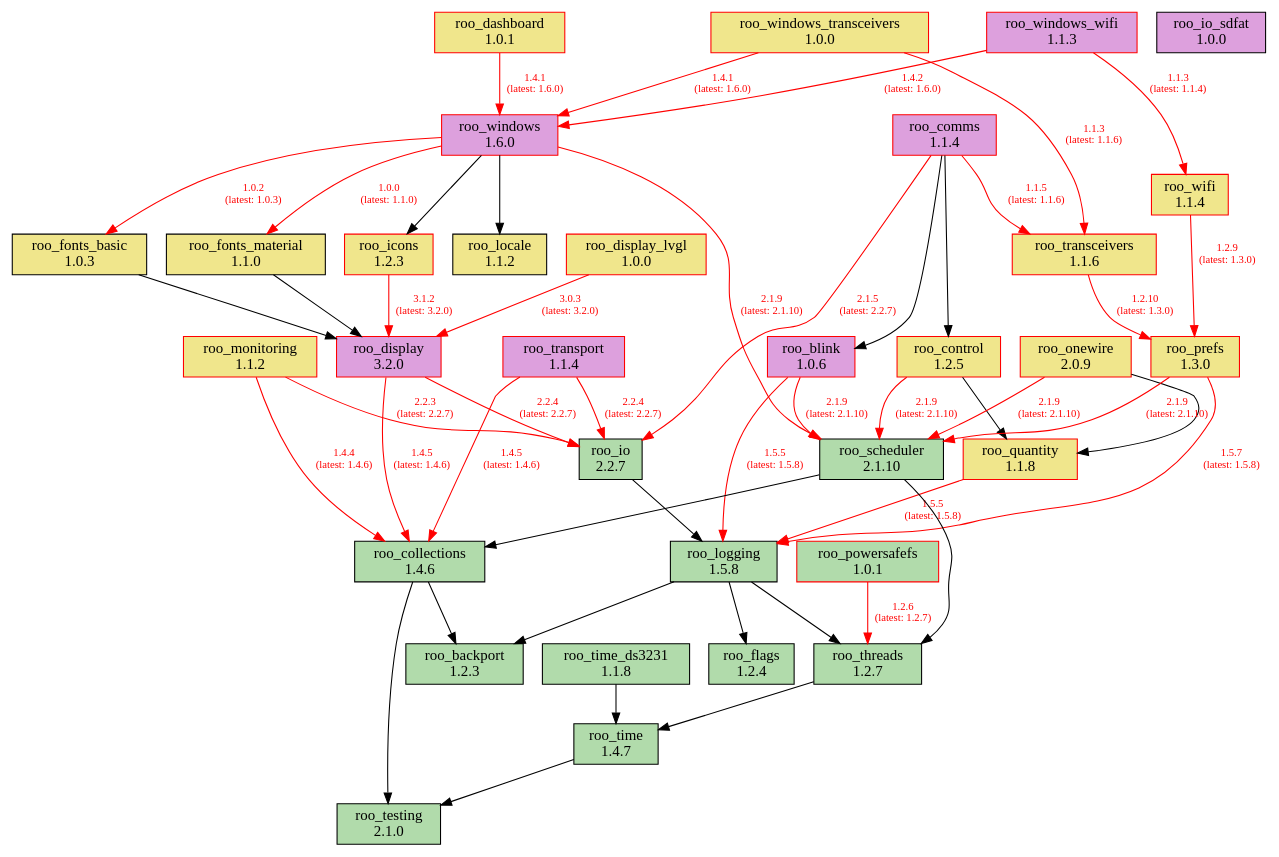
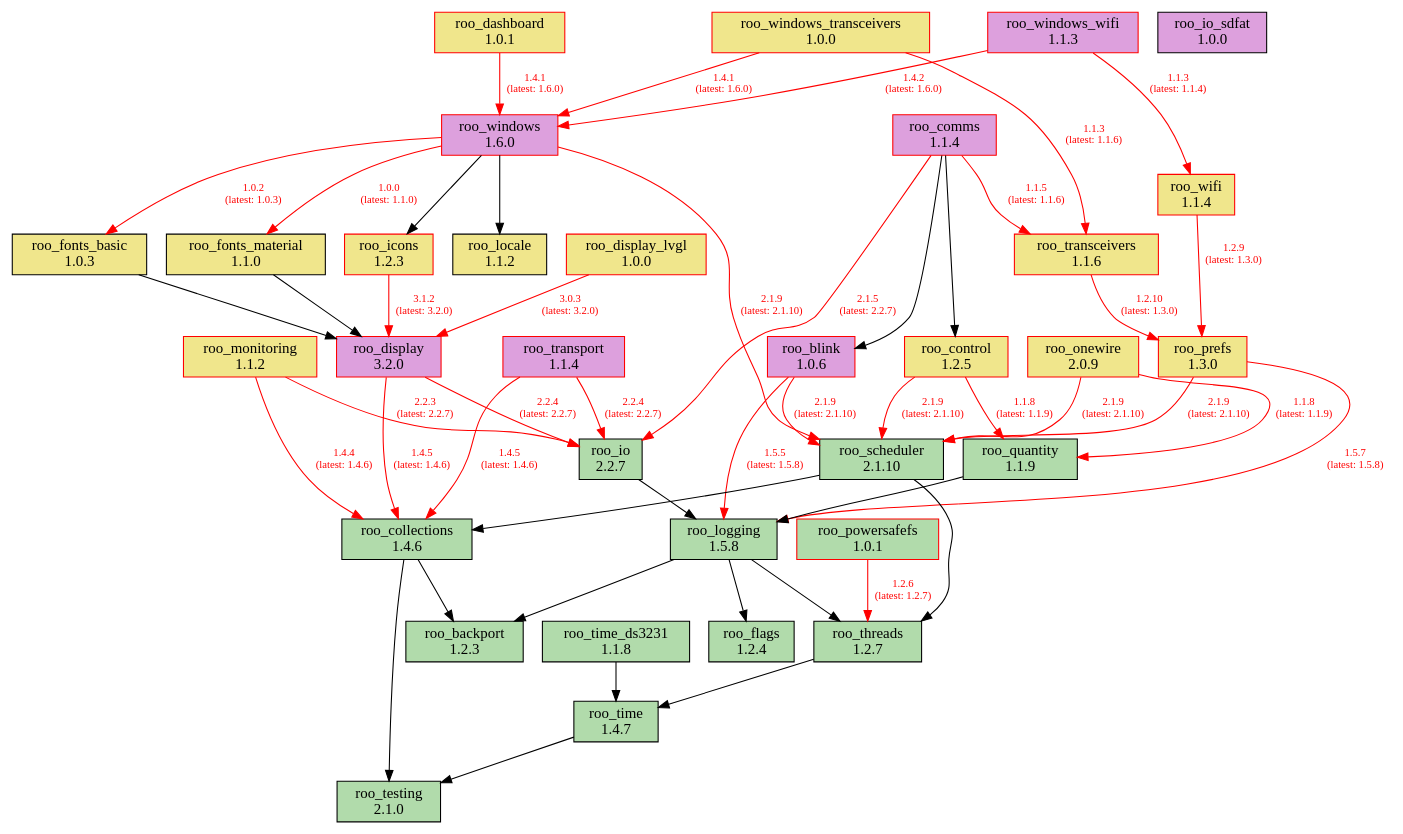
Before and after one commit to dejwk/roo-registry: the diagram in doc/dependencies.dot, drawn with Graphviz. The commit also changed 3 other files, not shown here.

Commit message:
Added roo_quantity 1.1.9 to the registry.

```diff
--- a/doc/dependencies.dot
+++ b/doc/dependencies.dot
@@ -1,88 +1,88 @@
 digraph dependencies {
     rankdir=TB;
     node [shape=box, style=filled];
     edge [fontsize=10];
 
     // Modules
     "roo_backport" [label="roo_backport\n1.2.3", fillcolor="#b1dbab", color="black"];
     "roo_blink" [label="roo_blink\n1.0.6", fillcolor="plum", color="red"];
     "roo_collections" [label="roo_collections\n1.4.6", fillcolor="#b1dbab", color="black"];
     "roo_comms" [label="roo_comms\n1.1.4", fillcolor="plum", color="red"];
     "roo_control" [label="roo_control\n1.2.5", fillcolor="khaki", color="red"];
     "roo_dashboard" [label="roo_dashboard\n1.0.1", fillcolor="khaki", color="red"];
     "roo_display" [label="roo_display\n3.2.0", fillcolor="plum", color="red"];
     "roo_display_lvgl" [label="roo_display_lvgl\n1.0.0", fillcolor="khaki", color="red"];
     "roo_flags" [label="roo_flags\n1.2.4", fillcolor="#b1dbab", color="black"];
     "roo_fonts_basic" [label="roo_fonts_basic\n1.0.3", fillcolor="khaki", color="black"];
     "roo_fonts_material" [label="roo_fonts_material\n1.1.0", fillcolor="khaki", color="black"];
     "roo_icons" [label="roo_icons\n1.2.3", fillcolor="khaki", color="red"];
     "roo_io" [label="roo_io\n2.2.7", fillcolor="#b1dbab", color="black"];
     "roo_io_sdfat" [label="roo_io_sdfat\n1.0.0", fillcolor="plum", color="black"];
     "roo_locale" [label="roo_locale\n1.1.2", fillcolor="khaki", color="black"];
     "roo_logging" [label="roo_logging\n1.5.8", fillcolor="#b1dbab", color="black"];
     "roo_monitoring" [label="roo_monitoring\n1.1.2", fillcolor="khaki", color="red"];
     "roo_onewire" [label="roo_onewire\n2.0.9", fillcolor="khaki", color="red"];
     "roo_powersafefs" [label="roo_powersafefs\n1.0.1", fillcolor="#b1dbab", color="red"];
     "roo_prefs" [label="roo_prefs\n1.3.0", fillcolor="khaki", color="red"];
-    "roo_quantity" [label="roo_quantity\n1.1.8", fillcolor="khaki", color="red"];
+    "roo_quantity" [label="roo_quantity\n1.1.9", fillcolor="#b1dbab", color="black"];
     "roo_scheduler" [label="roo_scheduler\n2.1.10", fillcolor="#b1dbab", color="black"];
     "roo_testing" [label="roo_testing\n2.1.0", fillcolor="#b1dbab", color="black"];
     "roo_threads" [label="roo_threads\n1.2.7", fillcolor="#b1dbab", color="black"];
     "roo_time" [label="roo_time\n1.4.7", fillcolor="#b1dbab", color="black"];
     "roo_time_ds3231" [label="roo_time_ds3231\n1.1.8", fillcolor="#b1dbab", color="black"];
     "roo_transceivers" [label="roo_transceivers\n1.1.6", fillcolor="khaki", color="red"];
     "roo_transport" [label="roo_transport\n1.1.4", fillcolor="plum", color="red"];
     "roo_wifi" [label="roo_wifi\n1.1.4", fillcolor="khaki", color="red"];
     "roo_windows" [label="roo_windows\n1.6.0", fillcolor="plum", color="red"];
     "roo_windows_transceivers" [label="roo_windows_transceivers\n1.0.0", fillcolor="khaki", color="red"];
     "roo_windows_wifi" [label="roo_windows_wifi\n1.1.3", fillcolor="plum", color="red"];
 
     // Dependencies
     "roo_blink" -> "roo_logging" [color=red, fontcolor=red, label="1.5.5\n(latest: 1.5.8)"];
     "roo_blink" -> "roo_scheduler" [color=red, fontcolor=red, label="2.1.9\n(latest: 2.1.10)"];
     "roo_collections" -> "roo_testing";
     "roo_collections" -> "roo_backport";
     "roo_comms" -> "roo_blink";
     "roo_comms" -> "roo_control";
     "roo_comms" -> "roo_io" [color=red, fontcolor=red, label="2.1.5\n(latest: 2.2.7)"];
     "roo_comms" -> "roo_transceivers" [color=red, fontcolor=red, label="1.1.5\n(latest: 1.1.6)"];
-    "roo_control" -> "roo_quantity";
+    "roo_control" -> "roo_quantity" [color=red, fontcolor=red, label="1.1.8\n(latest: 1.1.9)"];
     "roo_control" -> "roo_scheduler" [color=red, fontcolor=red, label="2.1.9\n(latest: 2.1.10)"];
     "roo_dashboard" -> "roo_windows" [color=red, fontcolor=red, label="1.4.1\n(latest: 1.6.0)"];
     "roo_display" -> "roo_collections" [color=red, fontcolor=red, label="1.4.5\n(latest: 1.4.6)"];
     "roo_display" -> "roo_io" [color=red, fontcolor=red, label="2.2.4\n(latest: 2.2.7)"];
     "roo_display_lvgl" -> "roo_display" [color=red, fontcolor=red, label="3.0.3\n(latest: 3.2.0)"];
     "roo_fonts_basic" -> "roo_display";
     "roo_fonts_material" -> "roo_display";
     "roo_icons" -> "roo_display" [color=red, fontcolor=red, label="3.1.2\n(latest: 3.2.0)"];
     "roo_io" -> "roo_logging";
     "roo_logging" -> "roo_backport";
     "roo_logging" -> "roo_flags";
     "roo_logging" -> "roo_threads";
     "roo_monitoring" -> "roo_collections" [color=red, fontcolor=red, label="1.4.4\n(latest: 1.4.6)"];
     "roo_monitoring" -> "roo_io" [color=red, fontcolor=red, label="2.2.3\n(latest: 2.2.7)"];
     "roo_onewire" -> "roo_scheduler" [color=red, fontcolor=red, label="2.1.9\n(latest: 2.1.10)"];
-    "roo_onewire" -> "roo_quantity";
+    "roo_onewire" -> "roo_quantity" [color=red, fontcolor=red, label="1.1.8\n(latest: 1.1.9)"];
     "roo_powersafefs" -> "roo_threads" [color=red, fontcolor=red, label="1.2.6\n(latest: 1.2.7)"];
     "roo_prefs" -> "roo_logging" [color=red, fontcolor=red, label="1.5.7\n(latest: 1.5.8)"];
     "roo_prefs" -> "roo_scheduler" [color=red, fontcolor=red, label="2.1.9\n(latest: 2.1.10)"];
-    "roo_quantity" -> "roo_logging" [color=red, fontcolor=red, label="1.5.5\n(latest: 1.5.8)"];
+    "roo_quantity" -> "roo_logging";
     "roo_scheduler" -> "roo_collections";
     "roo_scheduler" -> "roo_threads";
     "roo_threads" -> "roo_time";
     "roo_time" -> "roo_testing";
     "roo_time_ds3231" -> "roo_time";
     "roo_transceivers" -> "roo_prefs" [color=red, fontcolor=red, label="1.2.10\n(latest: 1.3.0)"];
     "roo_transport" -> "roo_collections" [color=red, fontcolor=red, label="1.4.5\n(latest: 1.4.6)"];
     "roo_transport" -> "roo_io" [color=red, fontcolor=red, label="2.2.4\n(latest: 2.2.7)"];
     "roo_wifi" -> "roo_prefs" [color=red, fontcolor=red, label="1.2.9\n(latest: 1.3.0)"];
     "roo_windows" -> "roo_fonts_basic" [color=red, fontcolor=red, label="1.0.2\n(latest: 1.0.3)"];
     "roo_windows" -> "roo_fonts_material" [color=red, fontcolor=red, label="1.0.0\n(latest: 1.1.0)"];
     "roo_windows" -> "roo_locale";
     "roo_windows" -> "roo_icons";
     "roo_windows" -> "roo_scheduler" [color=red, fontcolor=red, label="2.1.9\n(latest: 2.1.10)"];
     "roo_windows_transceivers" -> "roo_transceivers" [color=red, fontcolor=red, label="1.1.3\n(latest: 1.1.6)"];
     "roo_windows_transceivers" -> "roo_windows" [color=red, fontcolor=red, label="1.4.1\n(latest: 1.6.0)"];
     "roo_windows_wifi" -> "roo_wifi" [color=red, fontcolor=red, label="1.1.3\n(latest: 1.1.4)"];
     "roo_windows_wifi" -> "roo_windows" [color=red, fontcolor=red, label="1.4.2\n(latest: 1.6.0)"];
 }
```
